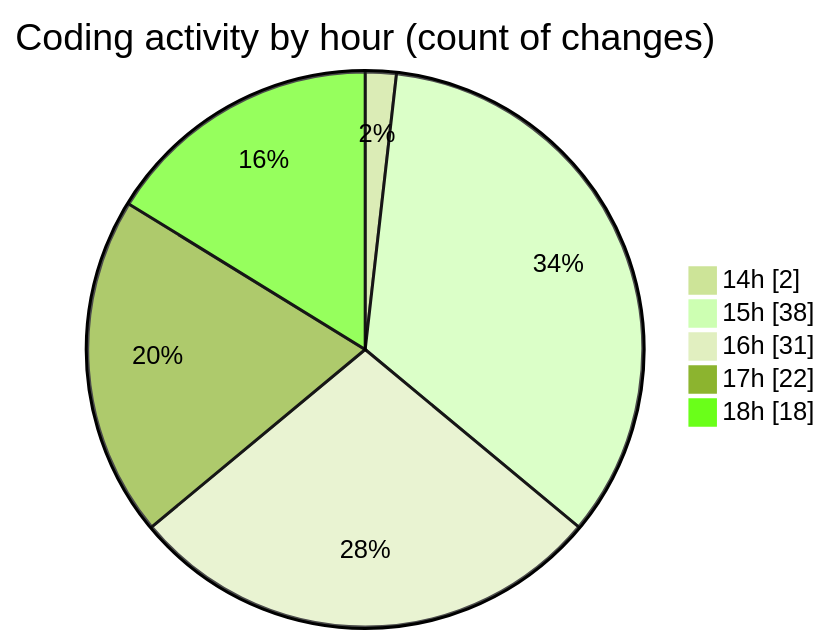
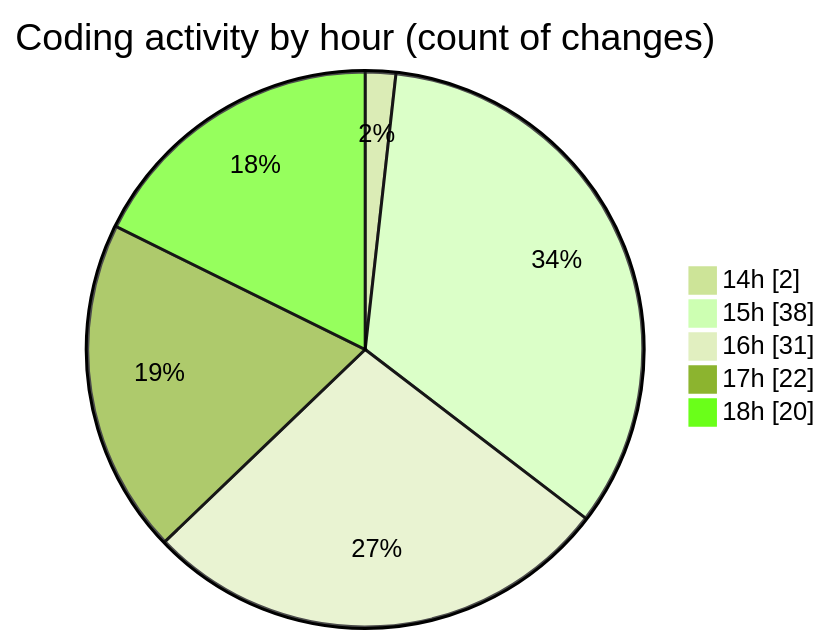
The second of 2 diagrams in 2026-07-15/cda/README.md (momahboobian/code-tracking), drawn with Mermaid (forest theme) before and after one commit. The commit also changed other lines of this file and 1 other file, not shown here.

````diff
--- a/2026-07-15/cda/README.md
+++ b/2026-07-15/cda/README.md
@@ -62,9 +62,9 @@
 ```mermaid
 pie showData
 title Coding activity by hour (count of changes)
 "14h" : 2
 "15h" : 38
 "16h" : 31
 "17h" : 22
-"18h" : 18
+"18h" : 20
 ```
````
